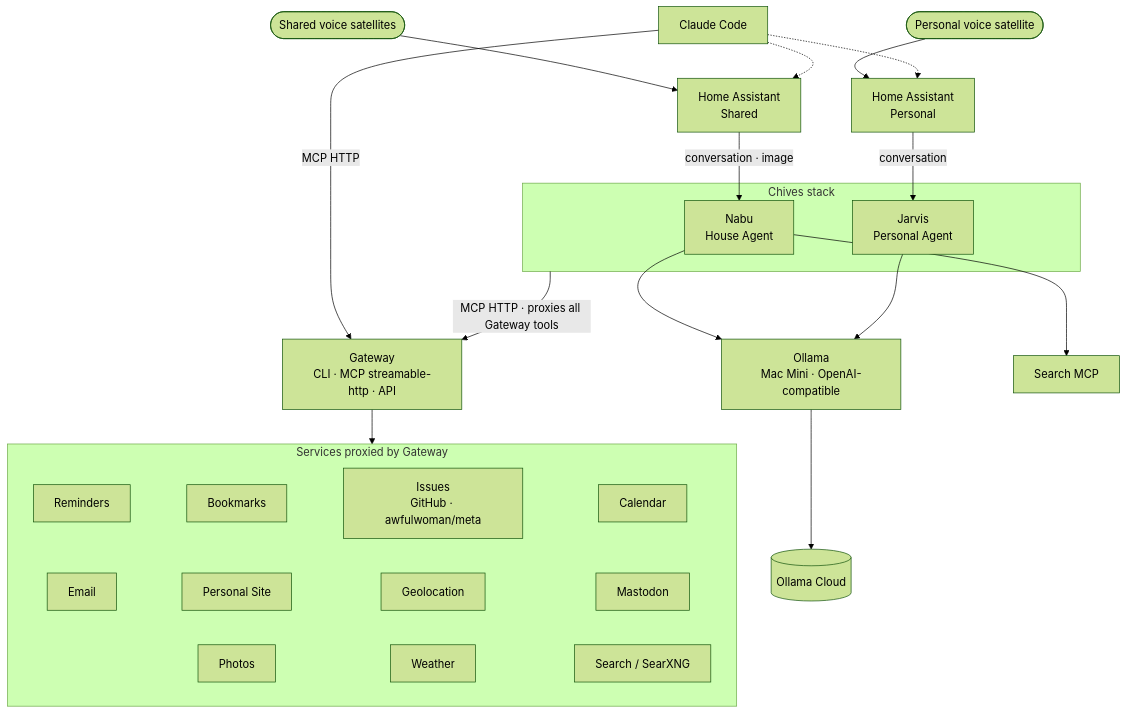
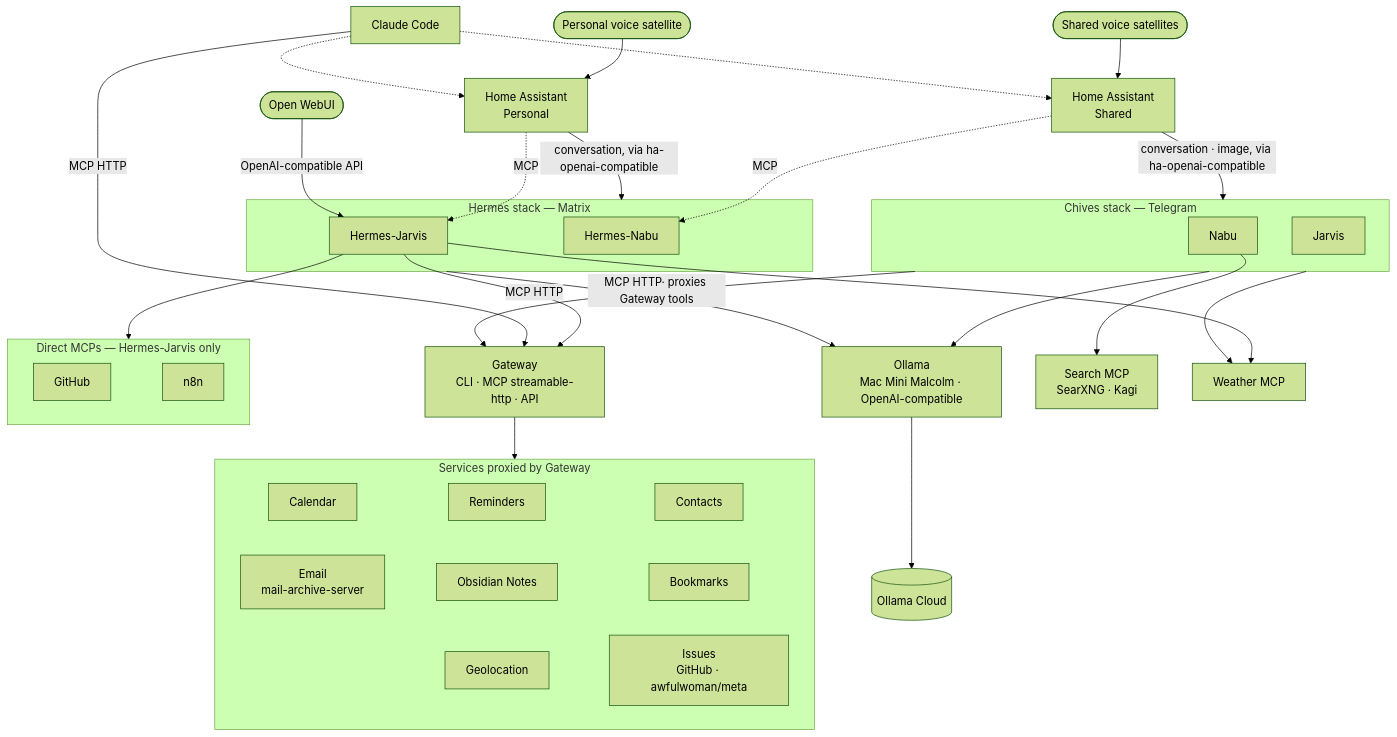
Before and after one commit to awfulwoman/personal-cloud: the diagram in README.md, drawn with Mermaid (forest theme). The commit also changed other lines of this file, not shown here.

First line of the commit message:
Reflect the parallel Hermes agent stack and current Gateway backends

````diff
--- a/README.md
+++ b/README.md
@@ -7,46 +7,66 @@
 ```mermaid
 flowchart TD
     %% Surfaces I interact with
     CC[Claude Code]
     VoiceShared([Shared voice satellites])
     VoicePersonal([Personal voice satellite])
+    OpenWebUI([Open WebUI])
 
     %% Home Assistant instances
     HAShared[Home Assistant<br/>Shared]
     HAPersonal[Home Assistant<br/>Personal]
 
-    %% Agents — both run on the Chives stack
-    subgraph Chives["Chives stack"]
-        Nabu[Nabu<br/>House Agent]
-        Jarvis[Jarvis<br/>Personal Agent]
+    %% Two parallel agent stacks, both answering to the Nabu/Jarvis wake words
+    subgraph Chives["Chives stack — Telegram"]
+        CNabu[Nabu]
+        CJarvis[Jarvis]
+    end
+
+    subgraph Hermes["Hermes stack — Matrix"]
+        HNabu[Hermes-Nabu]
+        HJarvis[Hermes-Jarvis]
     end
 
     %% LLM runtime
-    Ollama[Ollama<br/>Mac Mini · OpenAI-compatible]
+    Ollama[Ollama<br/>Mac Mini Malcolm · OpenAI-compatible]
     OllamaCloud[(Ollama Cloud)]
 
     %% Gateway + the services it proxies
     Gateway[Gateway<br/>CLI · MCP streamable-http · API]
-    SearchMCP[Search MCP]
+    SearchMCP[Search MCP<br/>SearXNG · Kagi]
+    WeatherMCP[Weather MCP]
     subgraph Services["Services proxied by Gateway"]
         direction LR
-        Reminders[Reminders] ~~~ Bookmarks[Bookmarks] ~~~ Issues[Issues<br/>GitHub · awfulwoman/meta] ~~~ Calendar[Calendar]
-        Email[Email] ~~~ Site[Personal Site] ~~~ Geo[Geolocation] ~~~ Mastodon[Mastodon]
-        Photos[Photos] ~~~ Weather[Weather] ~~~ SearXNG[Search / SearXNG]
+        Calendar[Calendar] ~~~ Reminders[Reminders] ~~~ Contacts[Contacts]
+        Email[Email<br/>mail-archive-server] ~~~ Notes[Obsidian Notes] ~~~ Bookmarks[Bookmarks]
+        Geo[Geolocation] ~~~ Issues[Issues<br/>GitHub · awfulwoman/meta]
+    end
+
+    %% Direct MCPs used by Hermes-Jarvis only
+    subgraph JarvisTools["Direct MCPs — Hermes-Jarvis only"]
+        direction LR
+        GitHubMCP[GitHub] ~~~ N8nMCP[n8n]
     end
 
     %% Wiring
     VoiceShared --> HAShared
     VoicePersonal --> HAPersonal
-    HAShared -->|conversation · image| Nabu
-    HAPersonal -->|conversation| Jarvis
-    Nabu --> Ollama
-    Nabu --> SearchMCP
-    Jarvis --> Ollama
-    Chives -->|MCP HTTP · proxies all Gateway tools| Gateway
+    HAShared -->|conversation · image, via ha-openai-compatible| Chives
+    HAPersonal -->|conversation, via ha-openai-compatible| Hermes
+    HAShared -.->|MCP| HNabu
+    HAPersonal -.->|MCP| HJarvis
+    OpenWebUI -->|OpenAI-compatible API| HJarvis
+    Chives --> Ollama
+    Hermes --> Ollama
+    Chives -->|MCP HTTP· proxies Gateway tools| Gateway
+    Chives --> WeatherMCP
+    HJarvis -->|MCP HTTP| Gateway
+    HJarvis --> WeatherMCP
+    HJarvis --> JarvisTools
+    CNabu --> SearchMCP
     Ollama --> OllamaCloud
     CC -->|MCP HTTP| Gateway
     CC -.-> HAShared
     CC -.-> HAPersonal
     Gateway --> Services
 ```
````
